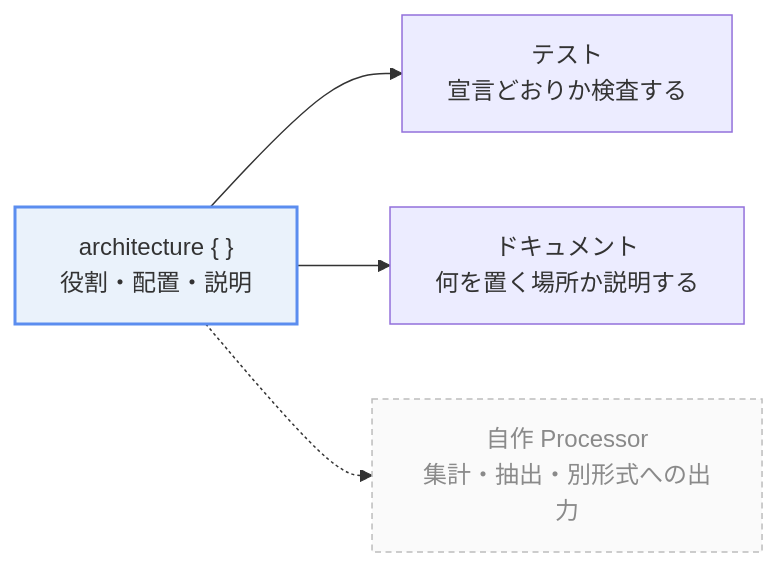
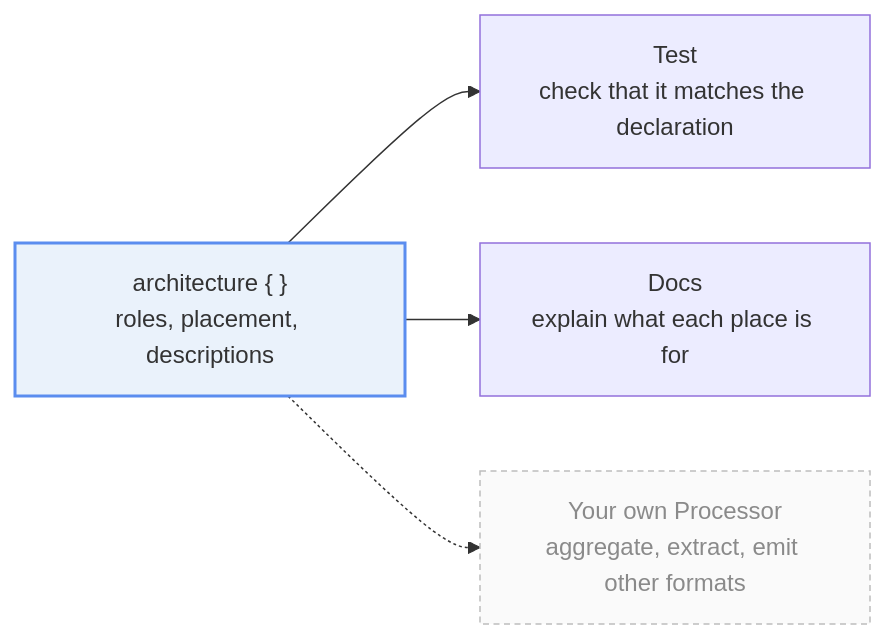
Before and after one commit to TBSten/katachi: the second of 2 diagrams in docs/src/content/docs/get-started/faq.mdx, drawn with Mermaid. The commit also changed other lines of this file and 51 other files, not shown here.

````diff
--- a/docs/src/content/docs/get-started/faq.mdx
+++ b/docs/src/content/docs/get-started/faq.mdx
@@ -199,10 +206,10 @@
 ```mermaid
 flowchart LR
-    D["architecture { }<br/>役割・配置・説明"]
-    D --> T["テスト<br/>宣言どおりか検査する"]
-    D --> M["ドキュメント<br/>何を置く場所か説明する"]
-    D -.-> C["自作 Processor<br/>集計・抽出・別形式への出力"]
+    D["architecture { }<br/>roles, placement, descriptions"]
+    D --> T["Test<br/>check that it matches the declaration"]
+    D --> M["Docs<br/>explain what each place is for"]
+    D -.-> C["Your own Processor<br/>aggregate, extract, emit other formats"]
 
     style D fill:#EAF2FB,stroke:#5B8DEF,stroke-width:2px
     style C fill:#FAFAFA,stroke:#BDBDBD,stroke-dasharray:4 3,color:#8A8A8A
 ```
````
